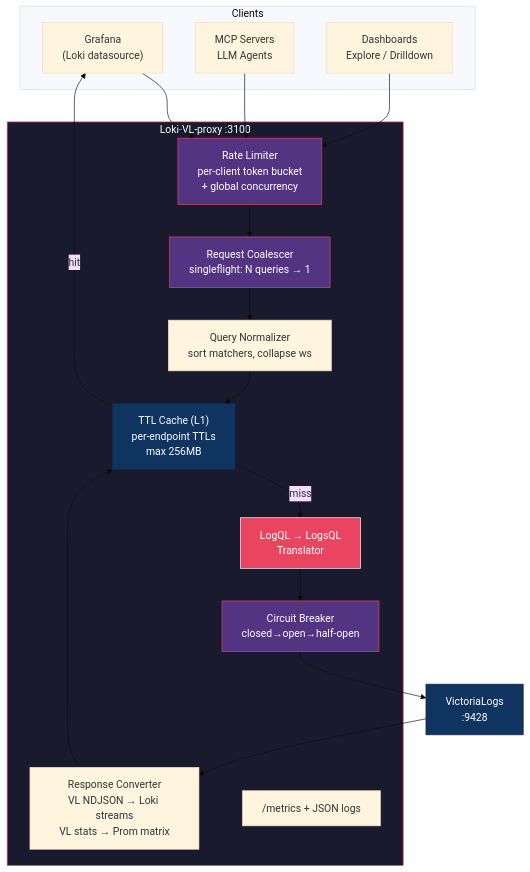
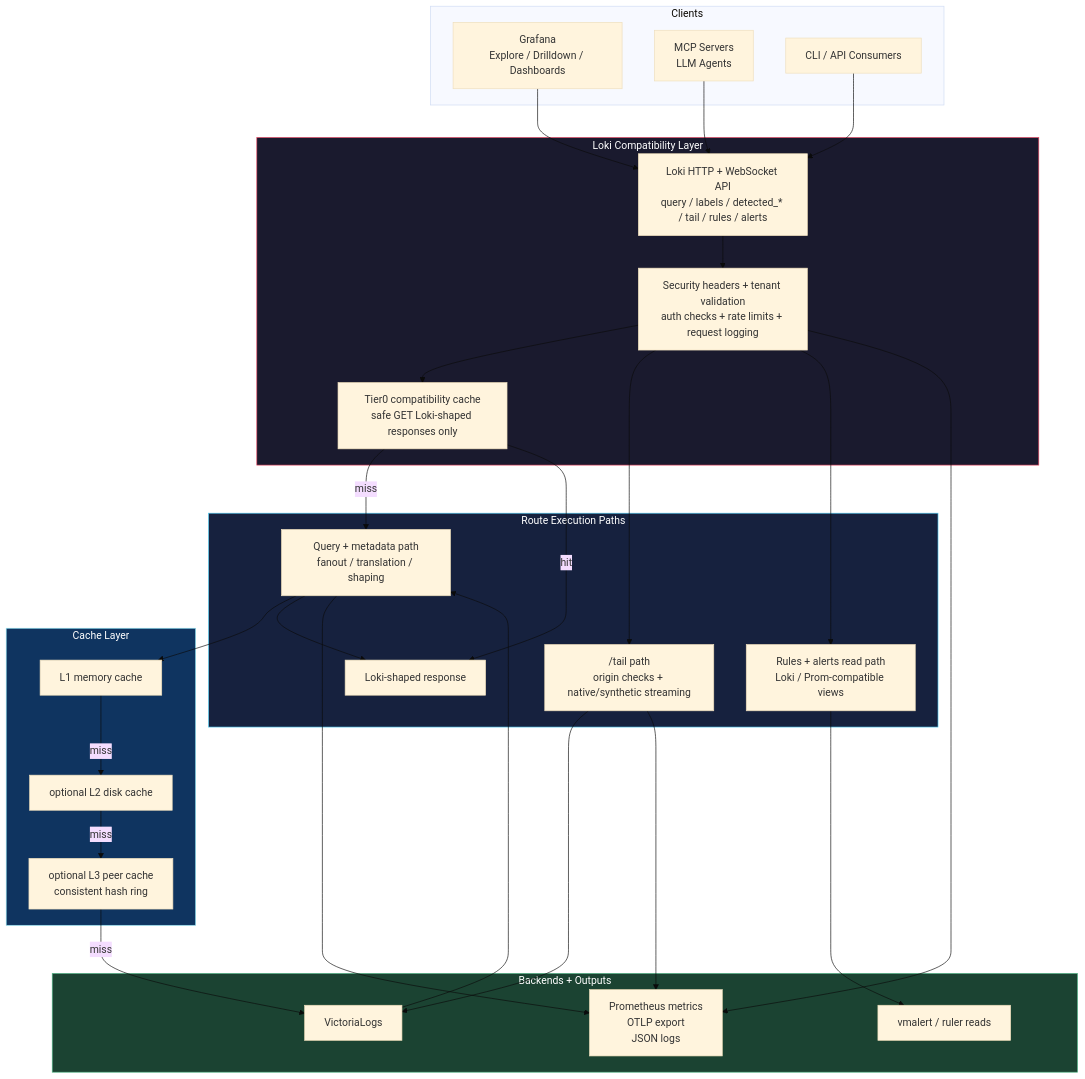
One commit to ReliablyObserve/Loki-VL-proxy changed the diagram in README.md. Above: the diagram before and after it, drawn with Mermaid (base theme). The commit also changed other lines of this file and 38 other files, not shown here.

First line of the commit message:
docs: refresh README architecture and read-compat status (#31)

````diff
--- a/README.md
+++ b/README.md
@@ -58,42 +22,59 @@
 ```mermaid
 flowchart TD
-    subgraph Clients
-        G["Grafana<br/>(Loki datasource)"]
+    subgraph L1["Clients"]
+        G["Grafana<br/>Explore / Drilldown / Dashboards"]
         M["MCP Servers<br/>LLM Agents"]
-        D["Dashboards<br/>Explore / Drilldown"]
+        C["CLI / API Consumers"]
     end
 
-    subgraph Proxy["Loki-VL-proxy :3100"]
-        RL["Rate Limiter<br/>per-client token bucket<br/>+ global concurrency"]
-        CO["Request Coalescer<br/>singleflight: N queries → 1"]
-        NM["Query Normalizer<br/>sort matchers, collapse ws"]
-        TR["LogQL → LogsQL<br/>Translator"]
-        CA["TTL Cache (L1)<br/>per-endpoint TTLs<br/>max 256MB"]
-        RC["Response Converter<br/>VL NDJSON → Loki streams<br/>VL stats → Prom matrix"]
-        CB["Circuit Breaker<br/>closed→open→half-open"]
-        OB["/metrics + JSON logs"]
+    subgraph L2["Loki Compatibility Layer"]
+        API["Loki HTTP + WebSocket API<br/>query / labels / detected_* / tail / rules / alerts"]
+        GUARD["Security headers + tenant validation<br/>auth checks + rate limits + request logging"]
+        EDGE["Tier0 compatibility cache<br/>safe GET Loki-shaped responses only"]
     end
 
-    VL["VictoriaLogs<br/>:9428"]
+    subgraph L3["Route Execution Paths"]
+        Q["Query + metadata path<br/>fanout / translation / shaping"]
+        T["/tail path<br/>origin checks + native/synthetic streaming"]
+        R["Rules + alerts read path<br/>Loki / Prom-compatible views"]
+        RESP["Loki-shaped response"]
+    end
 
-    G --> RL
-    M --> RL
-    D --> RL
-    RL --> CO
-    CO --> NM
-    NM --> CA
-    CA -->|miss| TR
-    TR --> CB
-    CB --> VL
-    VL --> RC
-    RC --> CA
-    CA -->|hit| G
+    subgraph L4["Cache Layer"]
+        MEM["L1 memory cache"]
+        DISK["optional L2 disk cache"]
+        PEER["optional L3 peer cache<br/>consistent hash ring"]
+    end
 
-    style Proxy fill:#1a1a2e,stroke:#e94560,color:#fff
-    style VL fill:#0f3460,stroke:#16213e,color:#fff
-    style RL fill:#533483,stroke:#e94560,color:#fff
-    style CO fill:#533483,stroke:#e94560,color:#fff
-    style CA fill:#0f3460,stroke:#16213e,color:#fff
-    style TR fill:#e94560,stroke:#fff,color:#fff
-    style CB fill:#533483,stroke:#e94560,color:#fff
+    subgraph L5["Backends + Outputs"]
+        VL["VictoriaLogs"]
+        RULES["vmalert / ruler reads"]
+        OBS["Prometheus metrics<br/>OTLP export<br/>JSON logs"]
+    end
+
+    G --> API
+    M --> API
+    C --> API
+    API --> GUARD
+    GUARD --> EDGE
+    EDGE -->|miss| Q
+    EDGE -->|hit| RESP
+    GUARD --> T
+    GUARD --> R
+    Q --> MEM
+    MEM -->|miss| DISK
+    DISK -->|miss| PEER
+    PEER -->|miss| VL
+    VL --> Q
+    Q --> RESP
+    T --> VL
+    R --> RULES
+    GUARD --> OBS
+    Q --> OBS
+    T --> OBS
+
+    style L2 fill:#1a1a2e,stroke:#e94560,color:#fff
+    style L3 fill:#16213e,stroke:#4cc9f0,color:#fff
+    style L4 fill:#0f3460,stroke:#90e0ef,color:#fff
+    style L5 fill:#1b4332,stroke:#52b788,color:#fff
 ```
````
